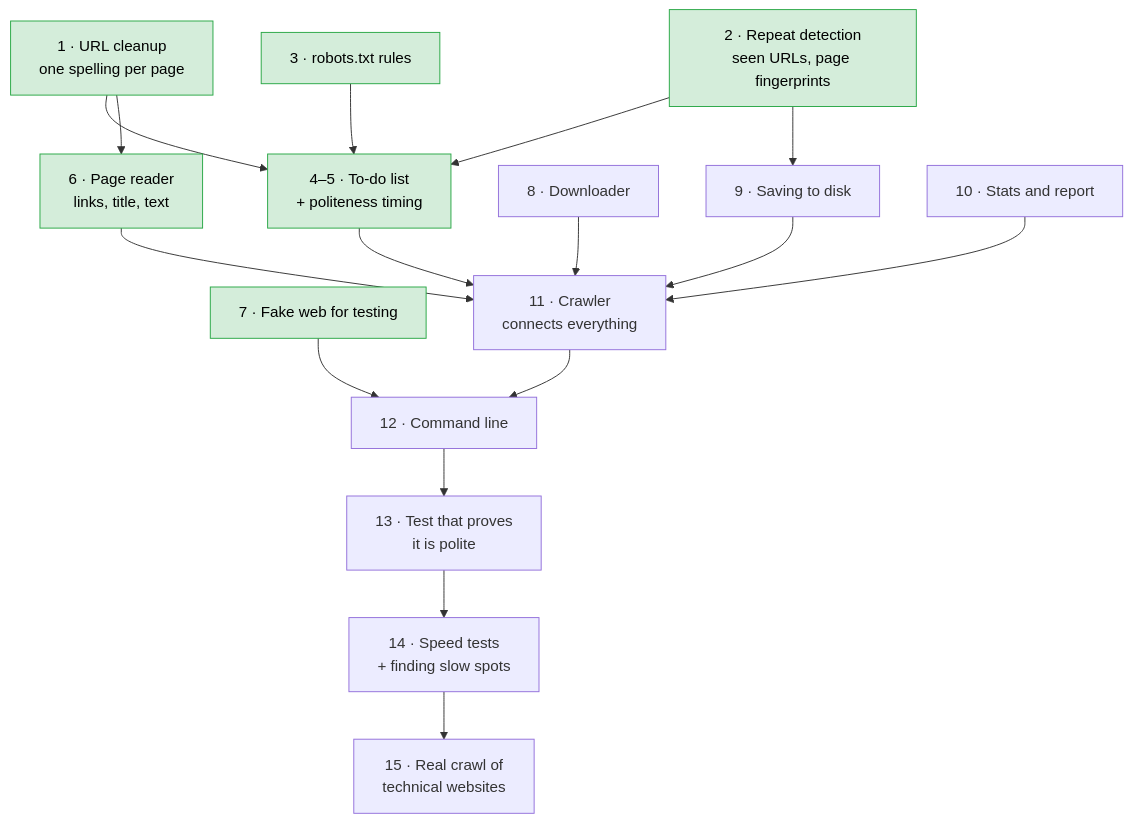
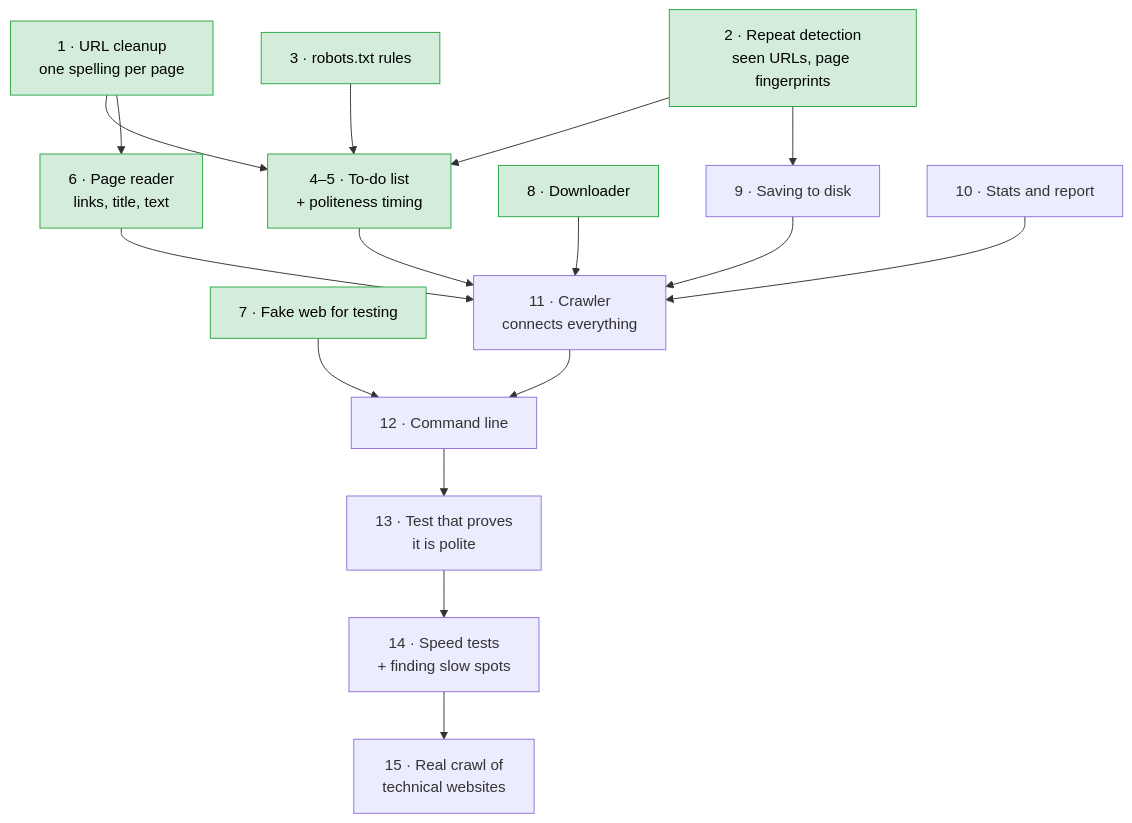
One commit to Armaan-king/McCrawl changed the fourth of 4 diagrams in README.md. Above: the diagram before and after it, drawn with Mermaid. The commit also changed other lines of this file and 8 other files, not shown here.

````diff
--- a/README.md
+++ b/README.md
@@ -118,33 +118,33 @@
 ```mermaid
 flowchart TD
     urlnorm["1 · URL cleanup<br/>one spelling per page"]:::done
     dedup["2 · Repeat detection<br/>seen URLs, page fingerprints"]:::done
     robots["3 · robots.txt rules"]:::done
     frontier["4–5 · To-do list<br/>+ politeness timing"]:::done
     parse["6 · Page reader<br/>links, title, text"]:::done
     mockweb["7 · Fake web for testing"]:::done
-    fetch["8 · Downloader"]
+    fetch["8 · Downloader"]:::done
     store["9 · Saving to disk"]
     metrics["10 · Stats and report"]
     crawler["11 · Crawler<br/>connects everything"]
     cli["12 · Command line"]
     proof["13 · Test that proves<br/>it is polite"]
     bench["14 · Speed tests<br/>+ finding slow spots"]
     real["15 · Real crawl of<br/>technical websites"]
 
     urlnorm --> frontier
     dedup --> frontier
     robots --> frontier
     urlnorm --> parse
     dedup --> store
     frontier --> crawler
     parse --> crawler
     fetch --> crawler
     store --> crawler
     metrics --> crawler
     crawler --> cli
     mockweb --> cli
     cli --> proof --> bench --> real
 
     classDef done fill:#d4edda,stroke:#28a745,color:#000
 ```
````
